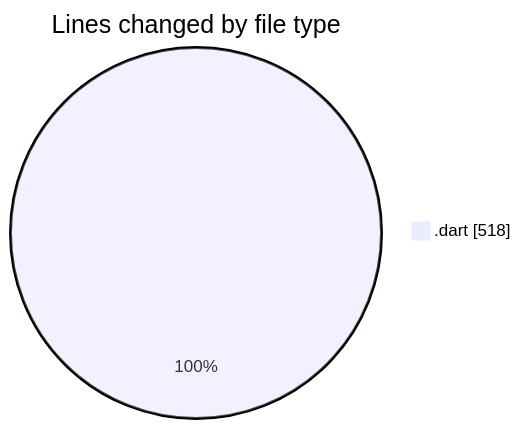
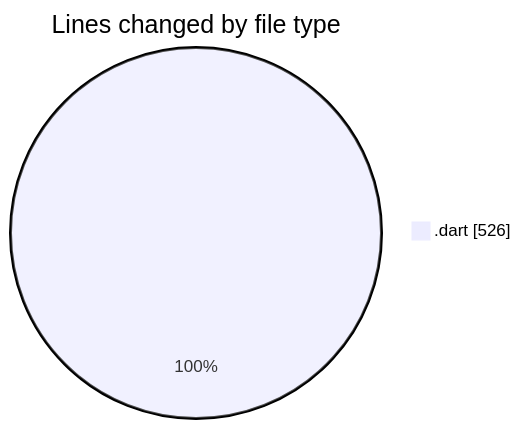
Before and after one commit to donsfak/code-tracking: the first of 2 diagrams in 2025-03-25/wordle/README.md, drawn with Mermaid. The commit also changed other lines of this file and 1 other file, not shown here.

````diff
--- a/2025-03-25/wordle/README.md
+++ b/2025-03-25/wordle/README.md
@@ -27,5 +27,5 @@
 ```mermaid
 pie showData
 title Lines changed by file type
-".dart" : 518
+".dart" : 526
 ```
````
